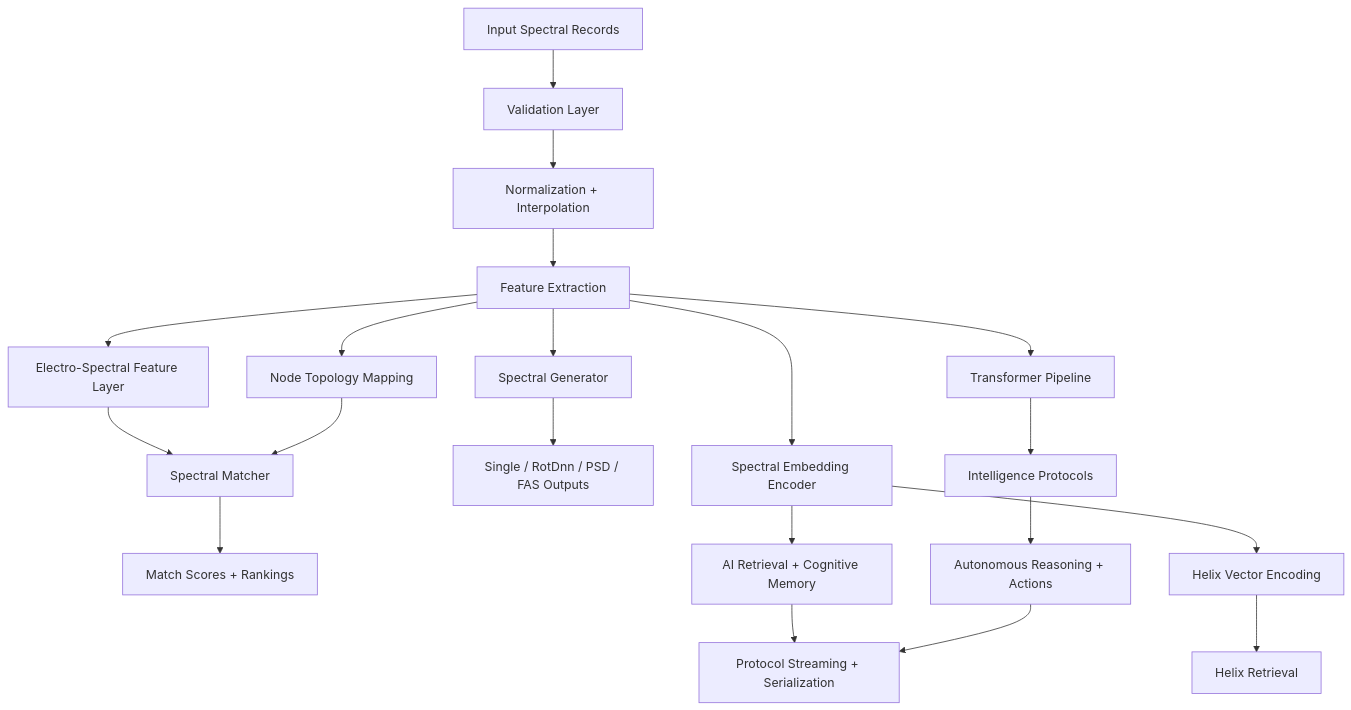
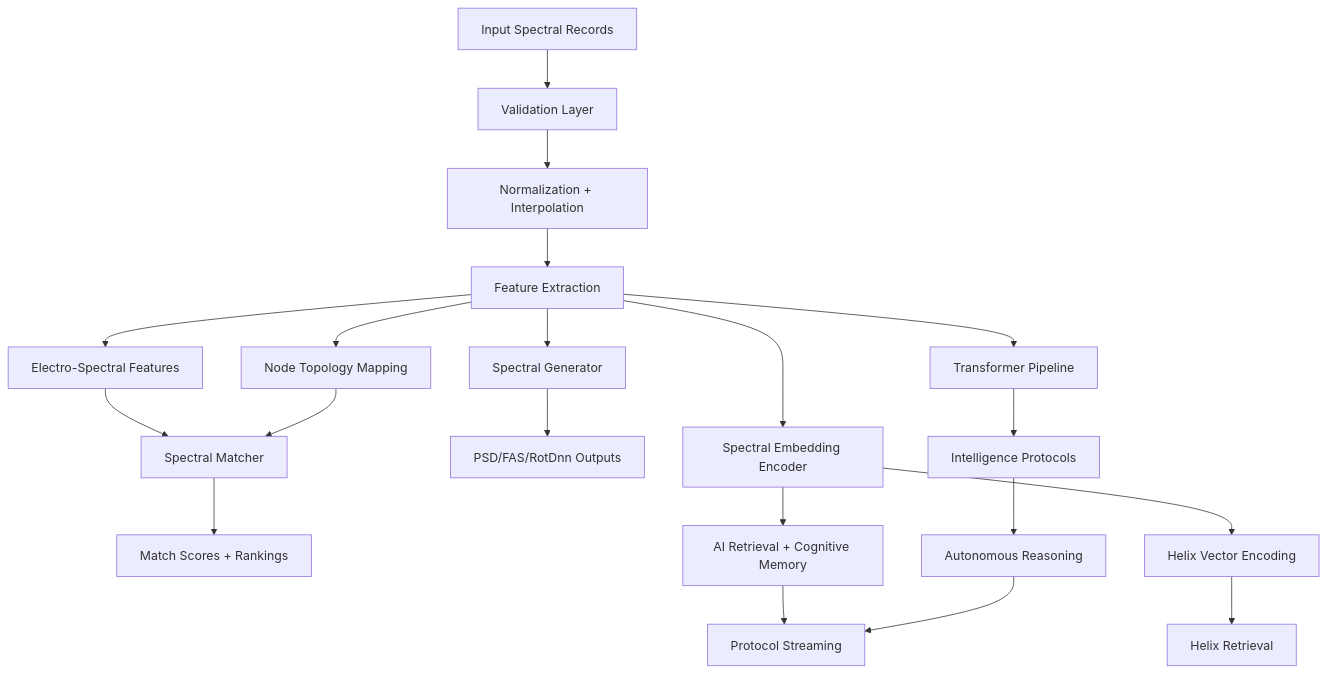
One commit to FreddyCreates/Multi-Element-Spectral-Intelligence-Engine-MESIE- changed the diagram in README.md. Above: the diagram before and after it, drawn with Mermaid. The commit also changed other lines of this file, not shown here.

````diff
--- a/README.md
+++ b/README.md
@@ -370,22 +529,22 @@
 ```mermaid
 flowchart TD
     A[Input Spectral Records] --> B[Validation Layer]
     B --> C[Normalization + Interpolation]
     C --> D[Feature Extraction]
-    D --> E[Electro-Spectral Feature Layer]
+    D --> E[Electro-Spectral Features]
     D --> F[Node Topology Mapping]
     E --> G[Spectral Matcher]
     F --> G
     G --> H[Match Scores + Rankings]
     D --> I[Spectral Generator]
-    I --> J[Single / RotDnn / PSD / FAS Outputs]
+    I --> J[PSD/FAS/RotDnn Outputs]
     D --> K[Spectral Embedding Encoder]
     K --> L[AI Retrieval + Cognitive Memory]
     D --> M[Transformer Pipeline]
     M --> N[Intelligence Protocols]
-    N --> O[Autonomous Reasoning + Actions]
+    N --> O[Autonomous Reasoning]
     K --> P[Helix Vector Encoding]
     P --> Q[Helix Retrieval]
-    L --> R[Protocol Streaming + Serialization]
+    L --> R[Protocol Streaming]
     O --> R
 ```
````
